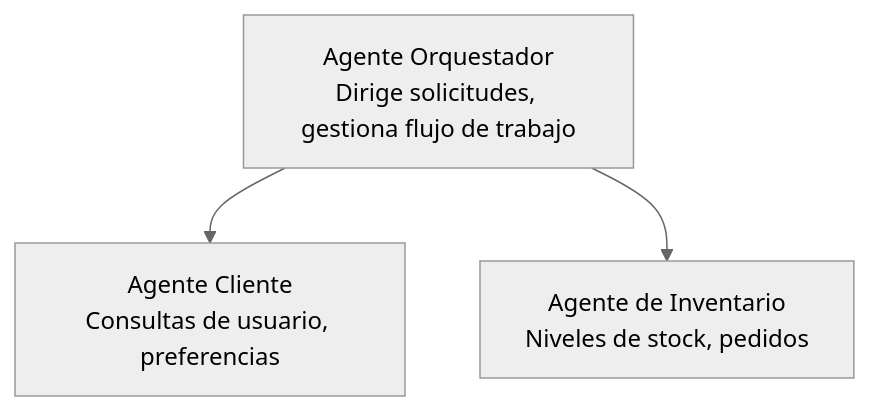
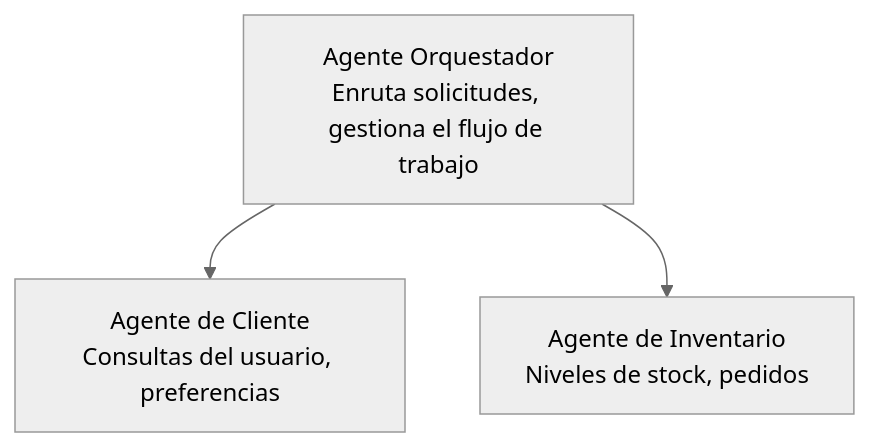
One commit to microsoft/AZD-for-beginners changed the diagram in translations/es/docs/chapter-05-multi-agent/README.md. Above: the diagram before and after it, drawn with Mermaid (neutral theme). The commit also changed other lines of this file and 99 other files, not shown here.

````diff
--- a/translations/es/docs/chapter-05-multi-agent/README.md
+++ b/translations/es/docs/chapter-05-multi-agent/README.md
@@ -50,5 +52,5 @@
 ```mermaid
 graph TD
-    Orchestrator[Agente Orquestador<br/>Dirige solicitudes, gestiona flujo de trabajo] --> Customer[Agente Cliente<br/>Consultas de usuario, preferencias]
+    Orchestrator[Agente Orquestador<br/>Enruta solicitudes, gestiona el flujo de trabajo] --> Customer[Agente de Cliente<br/>Consultas del usuario, preferencias]
     Orchestrator --> Inventory[Agente de Inventario<br/>Niveles de stock, pedidos]
 ```
````
